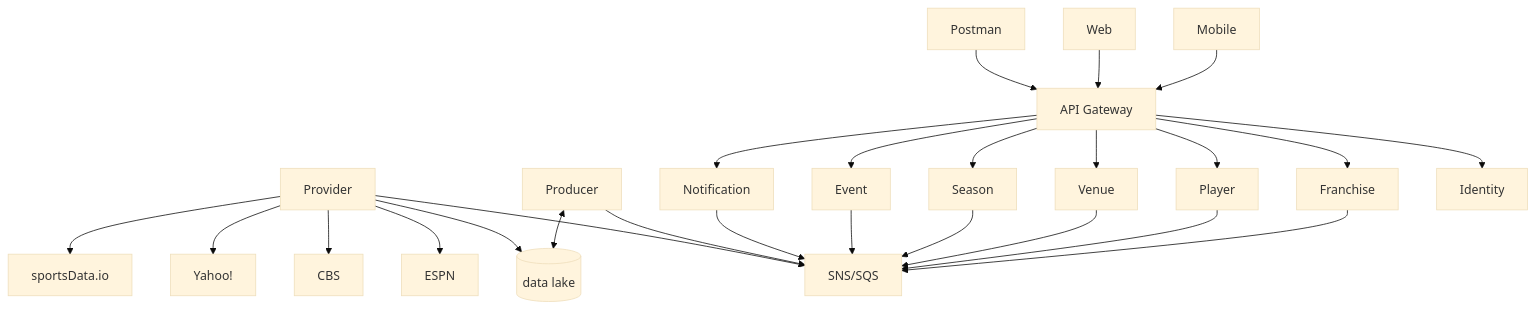
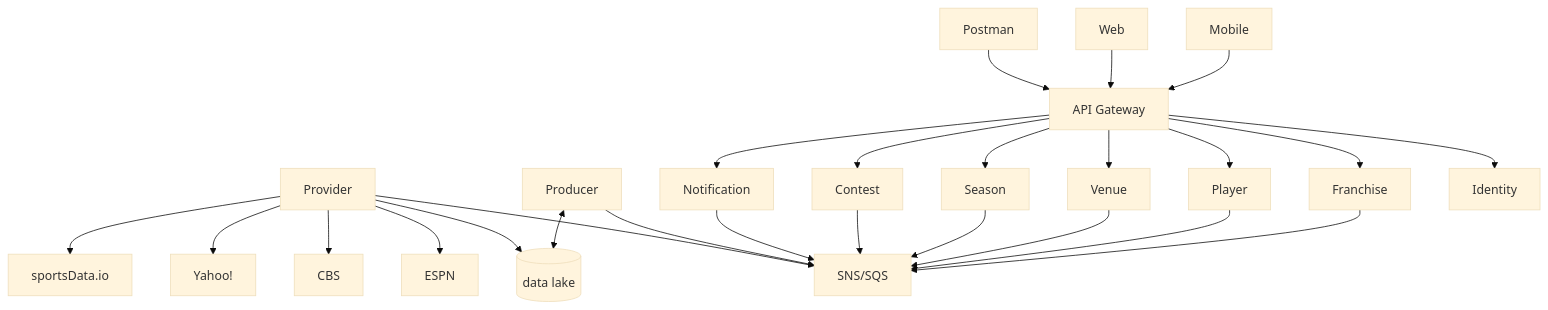
One commit to jrandallsexton/sports-data-core changed the first of 2 diagrams in README.md. Above: the diagram before and after it, drawn with Mermaid (base theme). The commit also changed other lines of this file, not shown here.

Commit message:
update mermaid

````diff
--- a/README.md
+++ b/README.md
@@ -24,42 +24,42 @@
 ```mermaid
 flowchart TD
     PV[Provider]
     DL[(data lake)]
     PV --> DL
     PD[Producer]
     PD <--> DL
     M[SNS/SQS]
     N[Notification]
-    E[Event]
+    C[Contest]
     S[Season]
     V[Venue]
     PL[Player]
     FR[Franchise]
     ID[Identity]
     API[API Gateway]
     API --> ID
     WCPOST[Postman]
     WCWEB[Web]
     WCMOB[Mobile]
     PV --> ESPN[ESPN]
     PV --> CBS[CBS]
     PV --> YAHOO[Yahoo!]
     PV --> SDIO[sportsData.io]
     PV --> M
     PD --> M
     N --> M
-    E --> M
+    C --> M
     S --> M
     V --> M
     PL --> M
     FR --> M
-    API --> E
+    API --> C
     API --> S
     API --> V
     API --> PL
     API --> FR
     API --> N
     WCPOST --> API
     WCWEB --> API
     WCMOB --> API
 ```
````
